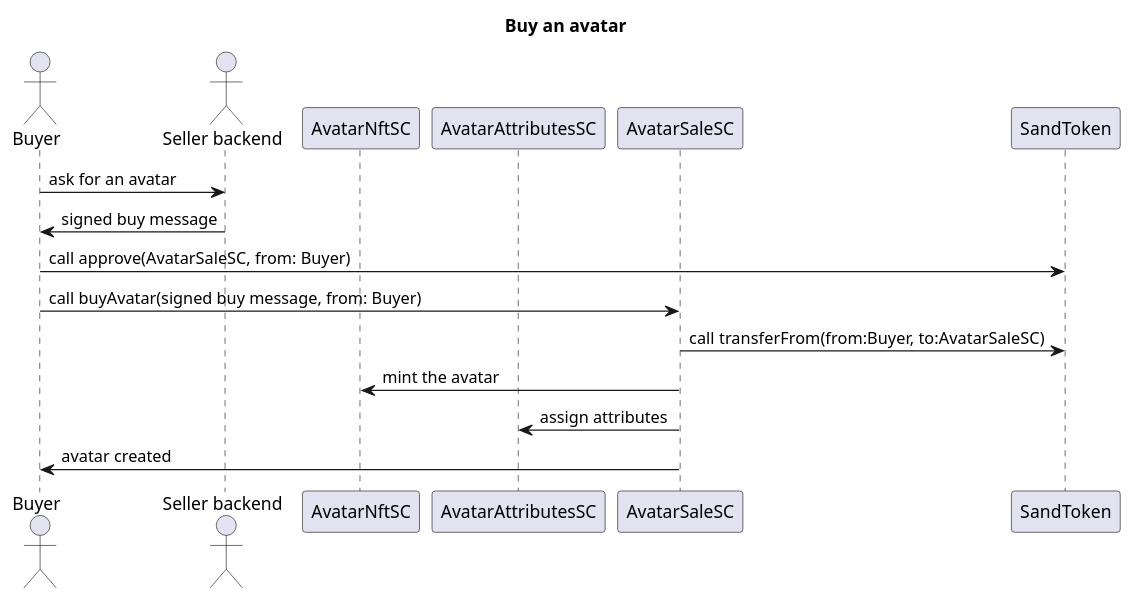
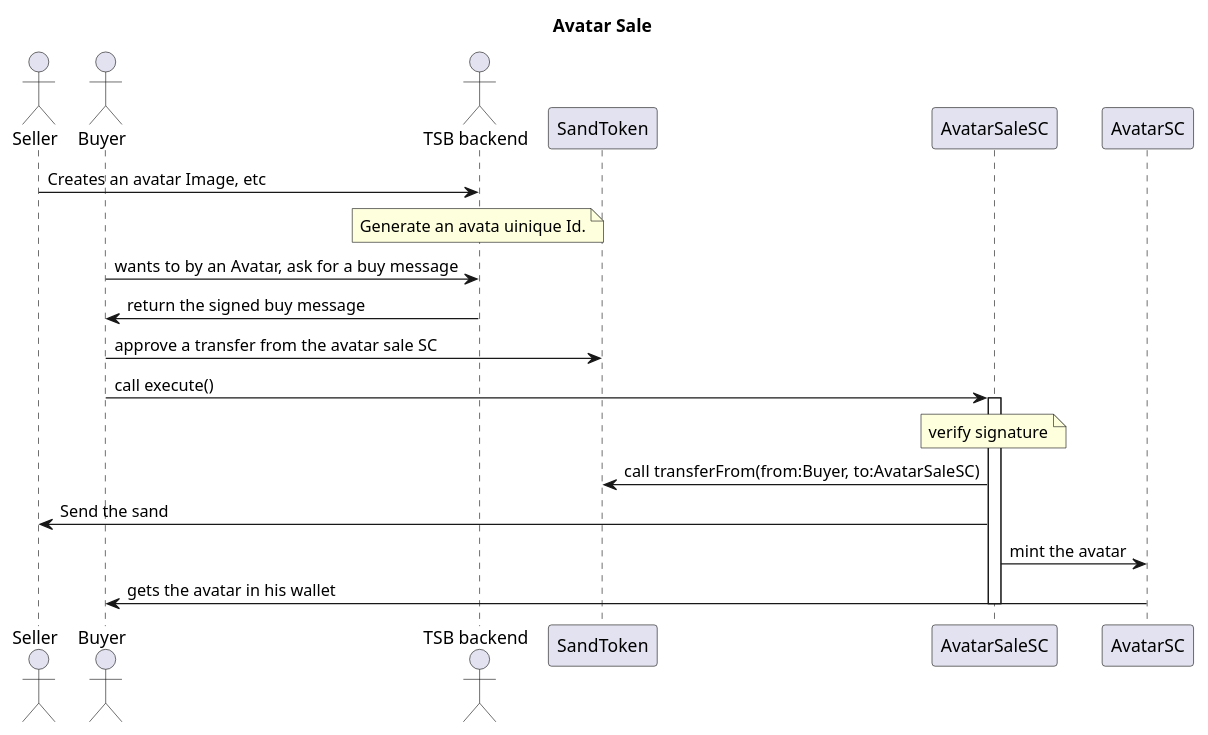
Before and after one commit to ed738/sandbox-smart-contracts: the second of 2 diagrams in docs/topics/avatar/avatar.md, drawn with PlantUML. The commit also changed other lines of this file and 15 other files, not shown here.

````diff
--- a/docs/topics/avatar/avatar.md
+++ b/docs/topics/avatar/avatar.md
@@ -54,21 +77,26 @@
 ```plantuml
-title Buy an avatar
+title Avatar Sale
 
+actor Seller
 actor Buyer
-actor "Seller backend"
-participant AvatarNftSC
-participant AvatarAttributesSC
+actor "TSB backend"
+participant SandToken
 participant AvatarSaleSC
-participant SandToken
+participant AvatarSC
 
-"Buyer" -> "Seller backend": ask for an avatar
-"Seller backend" -> "Buyer": signed buy message
-"Buyer" -> "SandToken": call approve(AvatarSaleSC, from: Buyer)
-"Buyer" -> "AvatarSaleSC": call buyAvatar(signed buy message, from: Buyer)
+"Seller" -> "TSB backend": Creates an avatar Image, etc
+note over "TSB backend": Generate an avata uinique Id.
+
+"Buyer" -> "TSB backend": wants to by an Avatar, ask for a buy message
+"TSB backend" -> "Buyer": return the signed buy message
+"Buyer" -> "SandToken": approve a transfer from the avatar sale SC
+"Buyer" -> "AvatarSaleSC": call execute()
+activate AvatarSaleSC
+note over AvatarSaleSC: verify signature
 "AvatarSaleSC" -> "SandToken": call transferFrom(from:Buyer, to:AvatarSaleSC)
-"AvatarSaleSC" -> "AvatarNftSC": mint the avatar
-"AvatarSaleSC" -> "AvatarAttributesSC": assign attributes
-"AvatarSaleSC" -> "Buyer": avatar created
-
+"AvatarSaleSC" -> "Seller": Send the sand
+"AvatarSaleSC" -> "AvatarSC": mint the avatar
+"AvatarSC" -> "Buyer": gets the avatar in his wallet
+deactivate AvatarSaleSC
 
 ```
````
